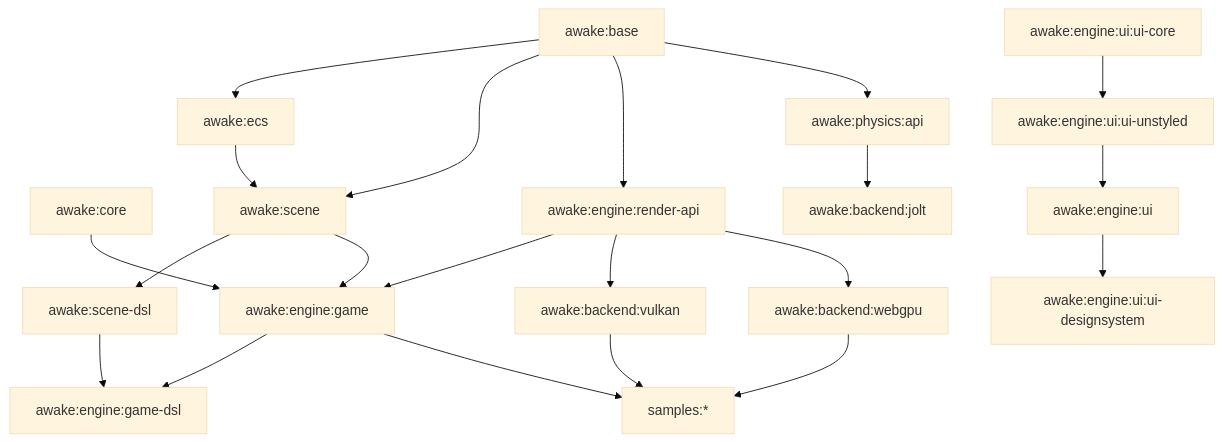
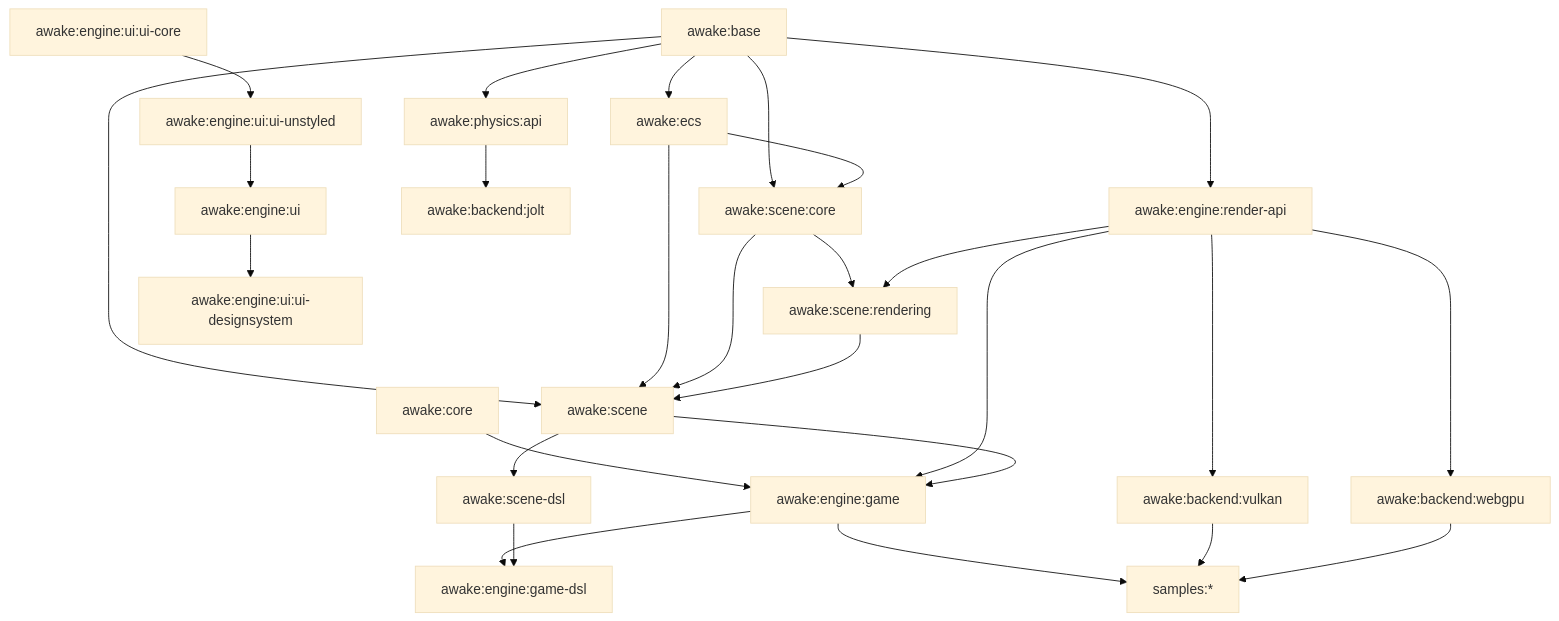
Before and after one commit to awake-lab/awake: the diagram in docs/architecture.md, drawn with Mermaid (base theme). The commit also changed other lines of this file and 16 other files, not shown here.

Commit message:
refactor: split scene core and rendering modules

````diff
--- a/docs/architecture.md
+++ b/docs/architecture.md
@@ -18,41 +18,49 @@
 ```mermaid
 flowchart TD
     base["awake:base"]
     core["awake:core"]
     ecs["awake:ecs"]
     scene["awake:scene"]
+    sceneCore["awake:scene:core"]
+    sceneRendering["awake:scene:rendering"]
     sceneDsl["awake:scene-dsl"]
     render["awake:engine:render-api"]
     game["awake:engine:game"]
     gameDsl["awake:engine:game-dsl"]
     physicsApi["awake:physics:api"]
     jolt["awake:backend:jolt"]
     uiCore["awake:engine:ui:ui-core"]
     uiWidgets["awake:engine:ui:ui-unstyled"]
     ui["awake:engine:ui"]
     uiDs["awake:engine:ui:ui-designsystem"]
     vulkan["awake:backend:vulkan"]
     webgpu["awake:backend:webgpu"]
     samples["samples:*"]
 
     core --> game
     base --> ecs
+    base --> sceneCore
     base --> scene
     base --> render
     base --> physicsApi
+    ecs --> sceneCore
     ecs --> scene
+    sceneCore --> sceneRendering
+    render --> sceneRendering
+    sceneCore --> scene
+    sceneRendering --> scene
     scene --> sceneDsl
     render --> game
     scene --> game
     game --> gameDsl
     sceneDsl --> gameDsl
     physicsApi --> jolt
     uiCore --> uiWidgets
     uiWidgets --> ui
     ui --> uiDs
     game --> samples
     render --> vulkan
     render --> webgpu
     vulkan --> samples
     webgpu --> samples
 ```
````
